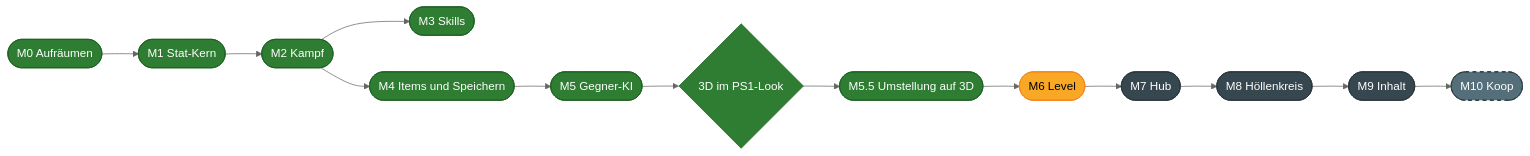
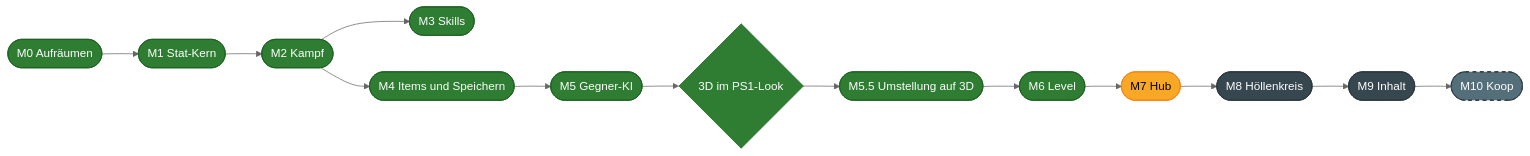
One commit to sharedboidev/Hoellenspiralenspiel changed the diagram in README.md. Above: the diagram before and after it, drawn with Mermaid (neutral theme). The commit also changed other lines of this file and 98 other files, not shown here.

````diff
--- a/README.md
+++ b/README.md
@@ -377,15 +406,15 @@
 ```mermaid
 flowchart LR
     M0(["M0 Aufräumen"]):::done --> M1(["M1 Stat-Kern"]):::done --> M2(["M2 Kampf"]):::done
     M2 --> M3(["M3 Skills"]):::done
     M2 --> M4(["M4 Items und Speichern"]):::done
     M4 --> M5(["M5 Gegner-KI"]):::done --> D{"3D im PS1-Look"}:::done
-    D --> U(["M5.5 Umstellung auf 3D"]):::done --> M6(["M6 Level"]):::next --> M7(["M7 Hub"]):::open --> M8(["M8 Höllenkreis"]):::open
+    D --> U(["M5.5 Umstellung auf 3D"]):::done --> M6(["M6 Level"]):::done --> M7(["M7 Hub"]):::next --> M8(["M8 Höllenkreis"]):::open
     M8 --> M9(["M9 Inhalt"]):::open --> M10(["M10 Koop"]):::optional
 
     classDef done fill:#2e7d32,color:#ffffff,stroke:#1b5e20
     classDef next fill:#f9a825,color:#000000,stroke:#f57f17
     classDef open fill:#37474f,color:#ffffff,stroke:#263238
     classDef decision fill:#6a1b9a,color:#ffffff,stroke:#4a148c
     classDef optional fill:#546e7a,color:#ffffff,stroke:#263238,stroke-dasharray: 5 5
 ```
````
